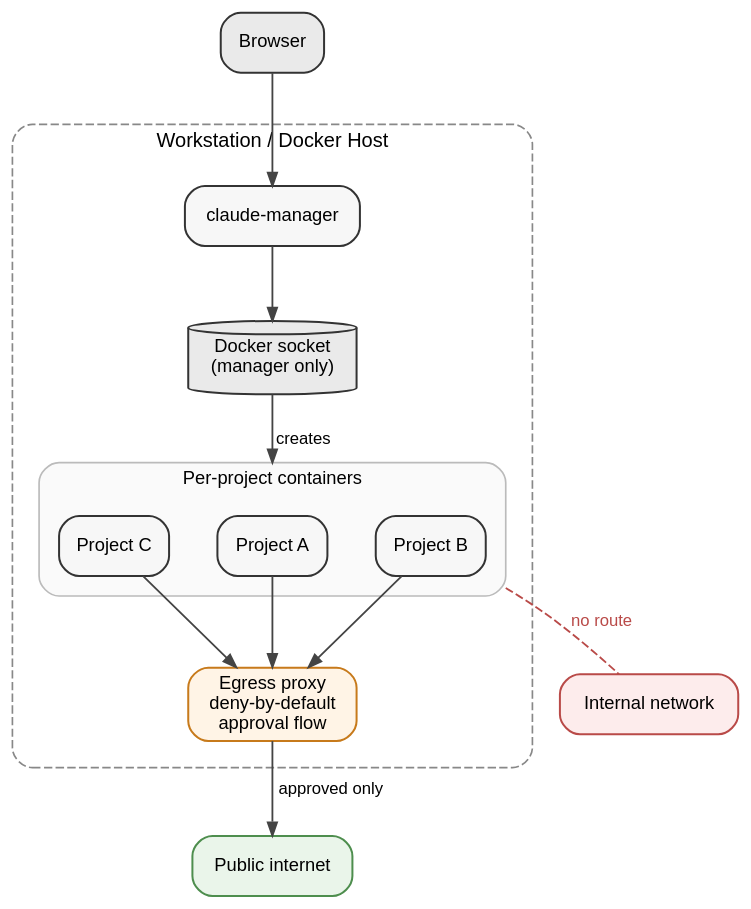
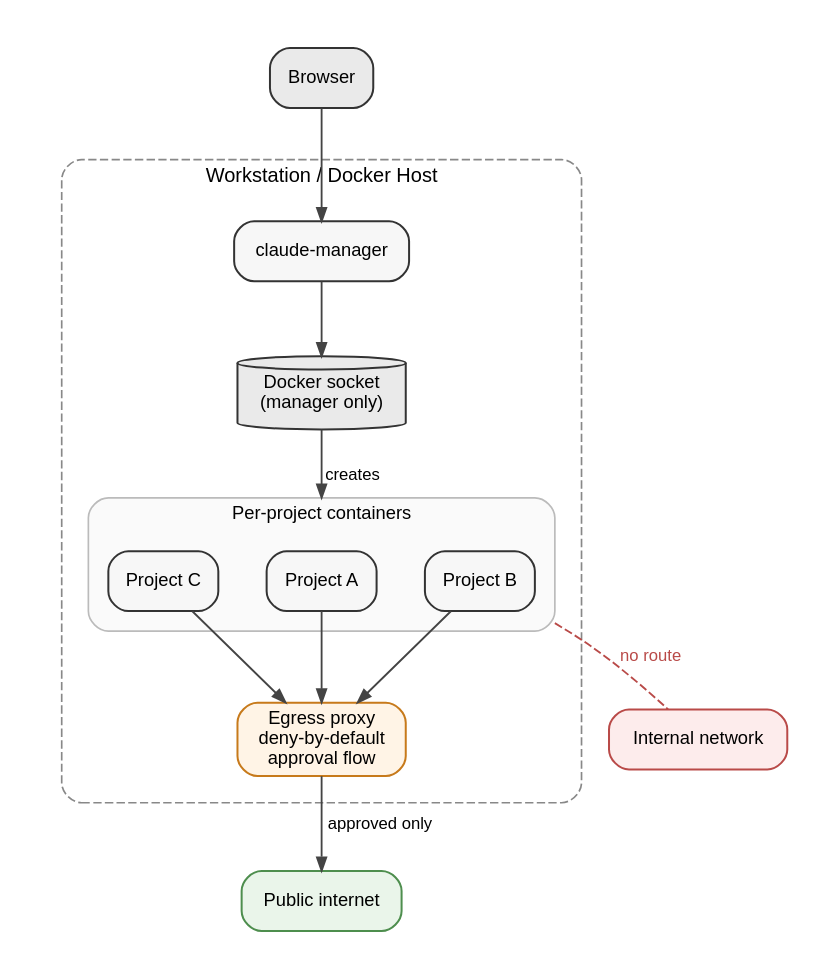
Before and after one commit to FrederikLeed/Go2Know: the diagram in assets/diagrams/2026-04-12-agent-architecture.dot, drawn with Graphviz. The commit also changed 3 other files, not shown here.

First line of the commit message:
Post: new headline + white diagram bg for dark theme readability

```diff
--- a/assets/diagrams/2026-04-12-agent-architecture.dot
+++ b/assets/diagrams/2026-04-12-agent-architecture.dot
@@ -1,69 +1,70 @@
 digraph agent_architecture {
     rankdir=TB;
     compound=true;
-    bgcolor="transparent";
+    bgcolor="white";
+    pad=0.3;
     splines=true;
     nodesep=0.4;
     ranksep=0.6;
 
     node [
         shape=box,
         style="rounded,filled",
         fontname="Helvetica",
         fontsize=11,
         fillcolor="#F7F7F7",
         color="#333333",
         penwidth=1.2
     ];
     edge [
         fontname="Helvetica",
         fontsize=10,
         color="#444444",
         penwidth=1.1,
         arrowsize=0.8
     ];
 
     browser [label="Browser", fillcolor="#EAEAEA"];
 
     subgraph cluster_host {
         label="Workstation / Docker Host";
         fontname="Helvetica";
         fontsize=12;
         style="rounded,dashed";
         color="#888888";
         margin=16;
 
         mgr   [label="claude-manager"];
         socket [label="Docker socket\n(manager only)", shape=cylinder, fillcolor="#EAEAEA"];
         proxy [label="Egress proxy\ndeny-by-default\napproval flow", fillcolor="#FFF4E6", color="#C77A1B"];
 
         subgraph cluster_containers {
             label="Per-project containers";
             fontname="Helvetica";
             fontsize=11;
             style="rounded,filled";
             color="#BBBBBB";
             fillcolor="#FAFAFA";
             margin=12;
 
             a [label="Project A"];
             b [label="Project B"];
             c [label="Project C"];
         }
     }
 
     internet [label="Public internet", fillcolor="#EAF5EA", color="#4E8E4E"];
     internal [label="Internal network", fillcolor="#FDECEC", color="#B94A48"];
 
     browser -> mgr;
     mgr -> socket;
     socket -> a [label="creates", lhead=cluster_containers];
 
     a -> proxy;
     b -> proxy;
     c -> proxy;
 
     proxy -> internet [label="approved only"];
 
     b -> internal [label="no route", ltail=cluster_containers, style=dashed, color="#B94A48", fontcolor="#B94A48", arrowhead=none];
 }
```
